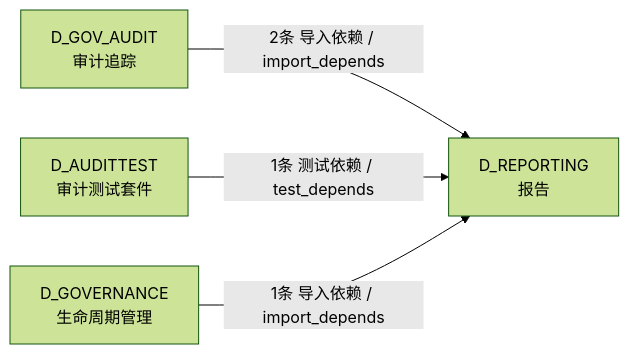
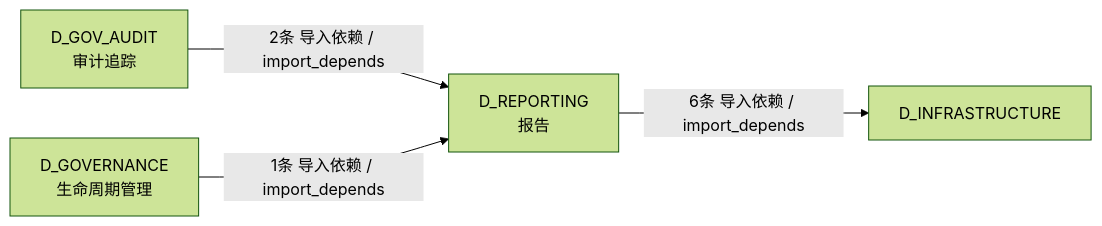
Before and after one commit to xuanFelixVan/ZephyrAlpha: the fourth of 4 diagrams in docs/02_enterprise_architecture/02_domain_architecture_docs/21_d_reporting.md, drawn with Mermaid (forest theme). The commit also changed other lines of this file and 112 other files, not shown here.

````diff
--- a/docs/02_enterprise_architecture/02_domain_architecture_docs/21_d_reporting.md
+++ b/docs/02_enterprise_architecture/02_domain_architecture_docs/21_d_reporting.md
@@ -175,10 +197,10 @@
 ```mermaid
 graph LR
     D_REPORTING["D_REPORTING<br/>报告"]
+    D_INFRASTRUCTURE["D_INFRASTRUCTURE"]
     D_GOV_AUDIT["D_GOV_AUDIT<br/>审计追踪"]
-    D_AUDITTEST["D_AUDITTEST<br/>审计测试套件"]
     D_GOVERNANCE["D_GOVERNANCE<br/>生命周期管理"]
+    D_REPORTING -->|6条 导入依赖 / import_depends| D_INFRASTRUCTURE
     D_GOV_AUDIT -->|2条 导入依赖 / import_depends| D_REPORTING
-    D_AUDITTEST -->|1条 测试依赖 / test_depends| D_REPORTING
     D_GOVERNANCE -->|1条 导入依赖 / import_depends| D_REPORTING
 ```
````
